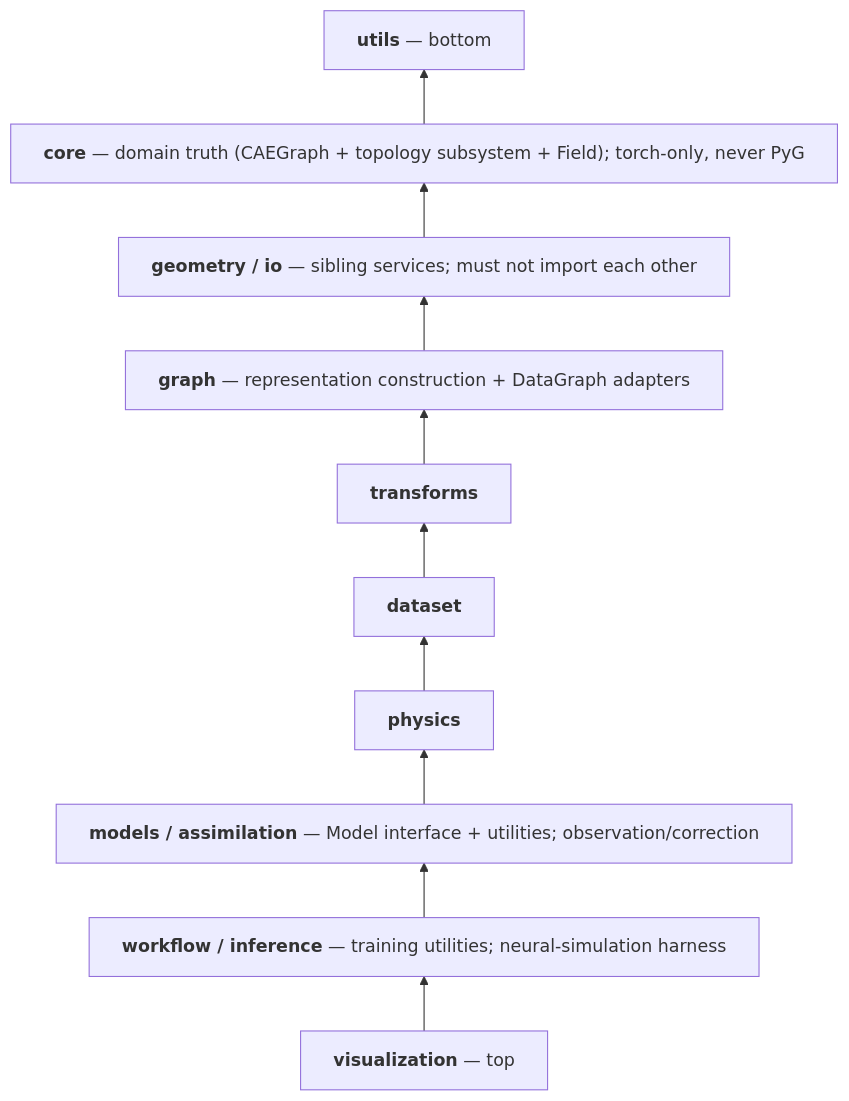
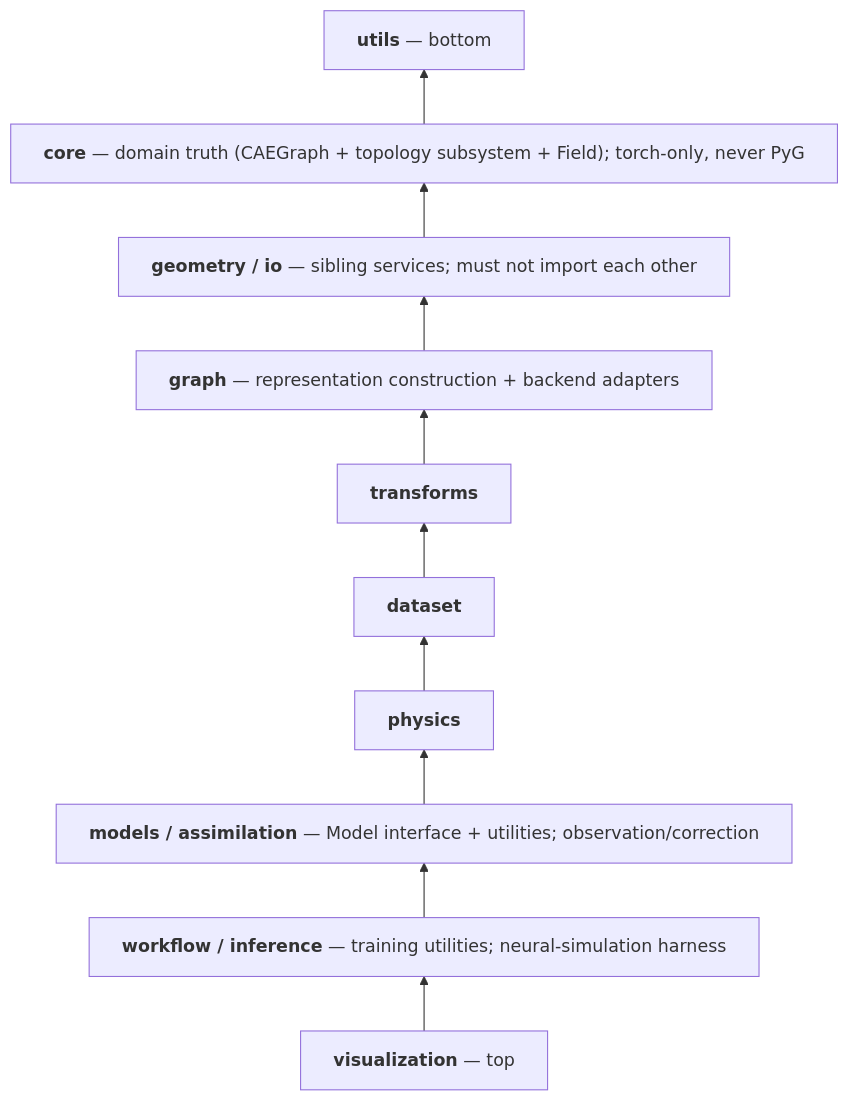
One commit to XYChouMian/caegraph changed the third of 5 diagrams in architecture/ARCHITECTURE.md. Above: the diagram before and after it, drawn with Mermaid. The commit also changed other lines of this file and 14 other files, not shown here.

Commit message:
docs(architecture): resolve representation terminology ambiguities

````diff
--- a/architecture/ARCHITECTURE.md
+++ b/architecture/ARCHITECTURE.md
@@ -128,19 +128,19 @@
 ```mermaid
 flowchart BT
     classDef nowrap white-space:nowrap
 
     A["<b>utils</b> — bottom"]
     B["<b>core</b> — domain truth (CAEGraph + topology subsystem + Field); torch-only, never PyG"]
     C["<b>geometry / io</b> — sibling services; must not import each other"]
-    D["<b>graph</b> — representation construction + DataGraph adapters"]
+    D["<b>graph</b> — representation construction + backend adapters"]
     E["<b>transforms</b>"]
     F["<b>dataset</b>"]
     G["<b>physics</b>"]
     H["<b>models / assimilation</b> — Model interface + utilities; observation/correction"]
     I["<b>workflow / inference</b> — training utilities; neural-simulation harness"]
     J["<b>visualization</b> — top"]
 
     J --> I --> H --> G --> F --> E --> D --> C --> B --> A
 
     class A,B,C,D,E,F,G,H,I,J nowrap
 ```
````
